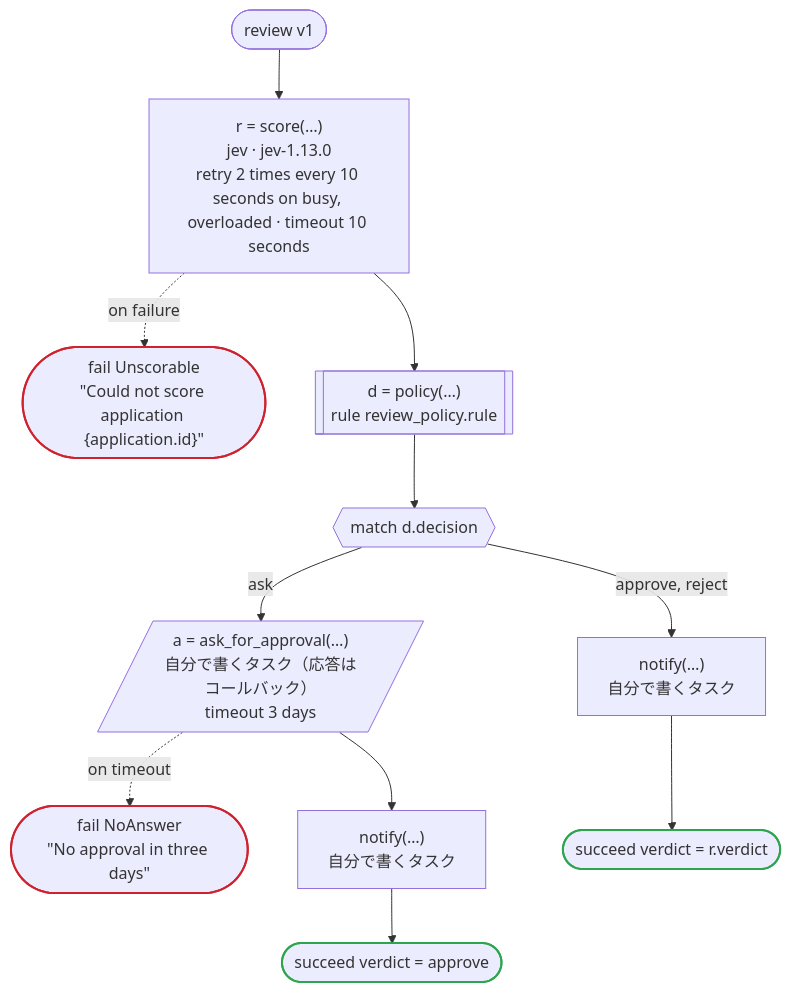
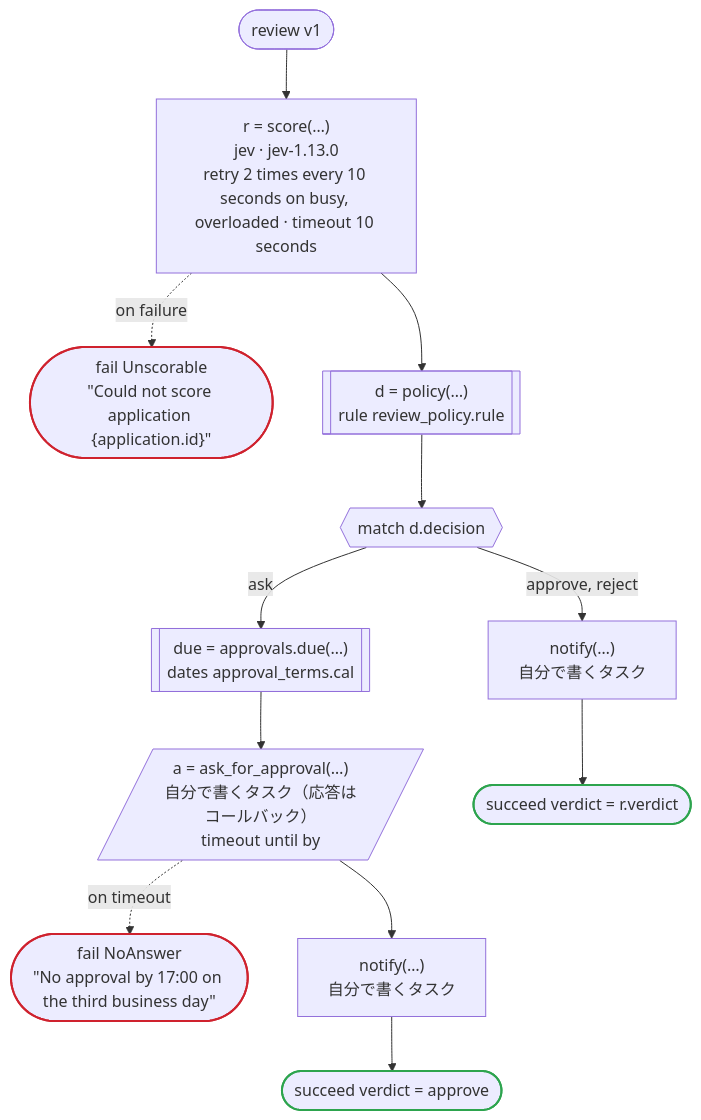
Before and after one commit to i2y/ritsu: the diagram in crates/dandori/tests/doc/examples-review-temporal-review.ja.md, drawn with Mermaid. The commit also changed other lines of this file and 174 other files, not shown here.

````diff
--- a/crates/dandori/tests/doc/examples-review-temporal-review.ja.md
+++ b/crates/dandori/tests/doc/examples-review-temporal-review.ja.md
@@ -9,28 +9,30 @@
 ```mermaid
 flowchart TD
     start(["review v1"])
     s1["r = score(…)<br>jev · jev-1.13.0<br>retry 2 times every 10 seconds on busy, overloaded · timeout 10 seconds"]
     s2(["fail Unscorable<br>#quot;Could not score application {application.id}#quot;"])
     s3[["d = policy(…)<br>rule review_policy.rule"]]
     s4{{"match d.decision"}}
-    s6[/"a = ask_for_approval(…)<br>自分で書くタスク（応答はコールバック）<br>timeout 3 days"/]
-    s7(["fail NoAnswer<br>#quot;No approval in three days#quot;"])
-    s8["notify(…)<br>自分で書くタスク"]
-    s9(["succeed verdict = approve"])
-    s10["notify(…)<br>自分で書くタスク"]
-    s11(["succeed verdict = r.verdict"])
+    s6[["due = approvals.due(…)<br>dates approval_terms.cal"]]
+    s7[/"a = ask_for_approval(…)<br>自分で書くタスク（応答はコールバック）<br>timeout until by"/]
+    s8(["fail NoAnswer<br>#quot;No approval by 17:00 on the third business day#quot;"])
+    s9["notify(…)<br>自分で書くタスク"]
+    s10(["succeed verdict = approve"])
+    s11["notify(…)<br>自分で書くタスク"]
+    s12(["succeed verdict = r.verdict"])
     start --> s1
     s1 -.->|"on failure"| s2
     s1 --> s3
     s3 --> s4
     s4 -->|"ask"| s6
-    s6 -.->|"on timeout"| s7
-    s6 --> s8
-    s8 --> s9
-    s4 -->|"approve, reject"| s10
-    s10 --> s11
+    s6 --> s7
+    s7 -.->|"on timeout"| s8
+    s7 --> s9
+    s9 --> s10
+    s4 -->|"approve, reject"| s11
+    s11 --> s12
     classDef ok stroke:#2da44e,stroke-width:2px
     classDef bad stroke:#cf222e,stroke-width:2px
-    class s9,s11 ok
-    class s2,s7 bad
+    class s10,s12 ok
+    class s2,s8 bad
 ```
````
